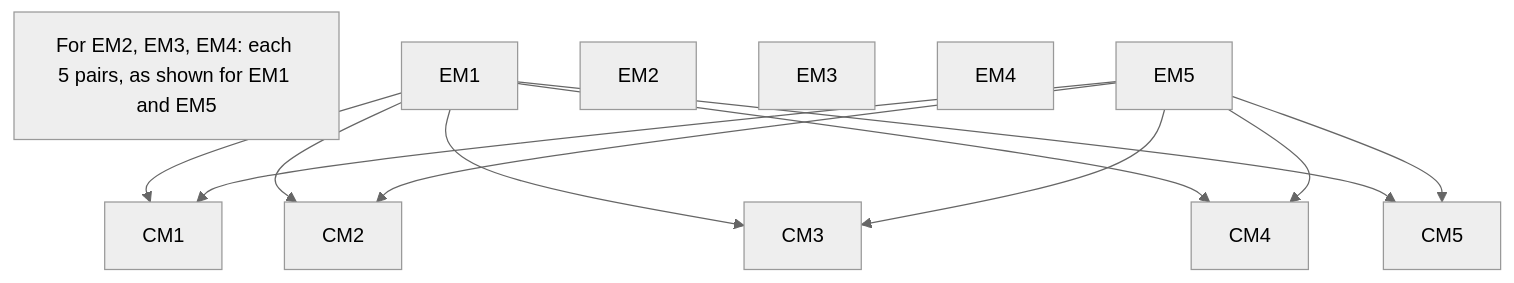
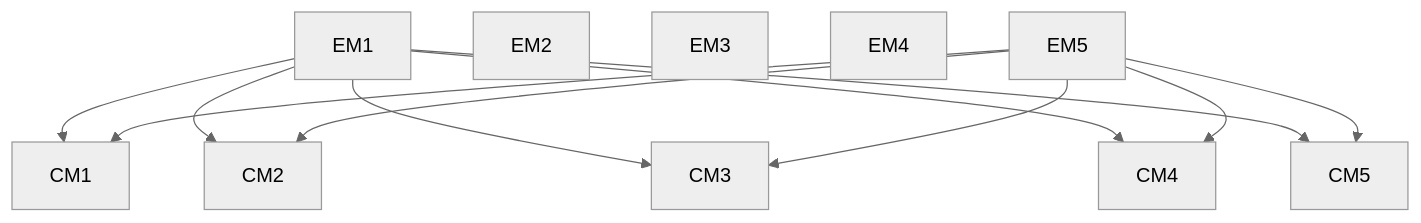
Before and after one commit to hajer78945/eng5: the third of 3 diagrams in README.md, drawn with Mermaid (neutral theme). The commit also changed other lines of this file, not shown here.

````diff
--- a/README.md
+++ b/README.md
@@ -357,17 +358,16 @@
 ```mermaid
 graph TD
-id1["For EM2, EM3, EM4: each 5 pairs, as shown for EM1 and EM5"]
 EM1 --> CM1
 EM1 --> CM2
 EM1 --> CM3
 EM1 --> CM4
 EM1 --> CM5
 EM2
 EM3
 EM4
 EM5 --> CM1
 EM5 --> CM2
 EM5 --> CM3
 EM5 --> CM4
 EM5 --> CM5
 ```
````
